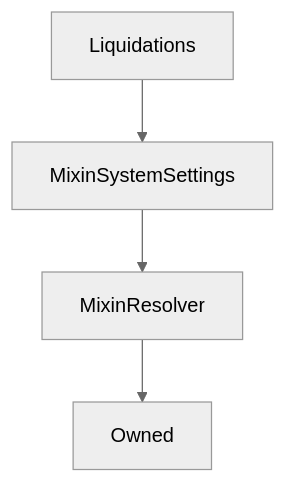
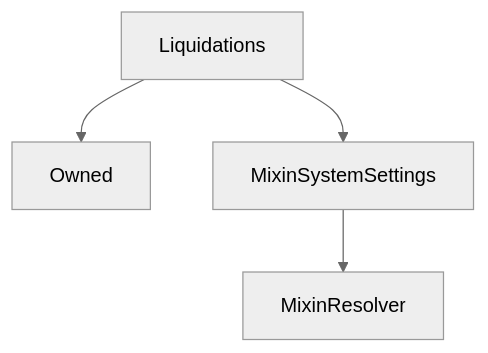
Before and after one commit to Synthetixio/synthetix-docs: the diagram in content/contracts/source/contracts/Liquidations.md, drawn with Mermaid (neutral theme). The commit also changed other lines of this file and 117 other files, not shown here.

````diff
--- a/content/contracts/source/contracts/Liquidations.md
+++ b/content/contracts/source/contracts/Liquidations.md
@@ -20,7 +20,7 @@
 ```mermaid
 graph TD
+    Liquidations[Liquidations] --> Owned[Owned]
     Liquidations[Liquidations] --> MixinSystemSettings[MixinSystemSettings]
     MixinSystemSettings[MixinSystemSettings] --> MixinResolver[MixinResolver]
-    MixinResolver[MixinResolver] --> Owned[Owned]
 
 ```
````
